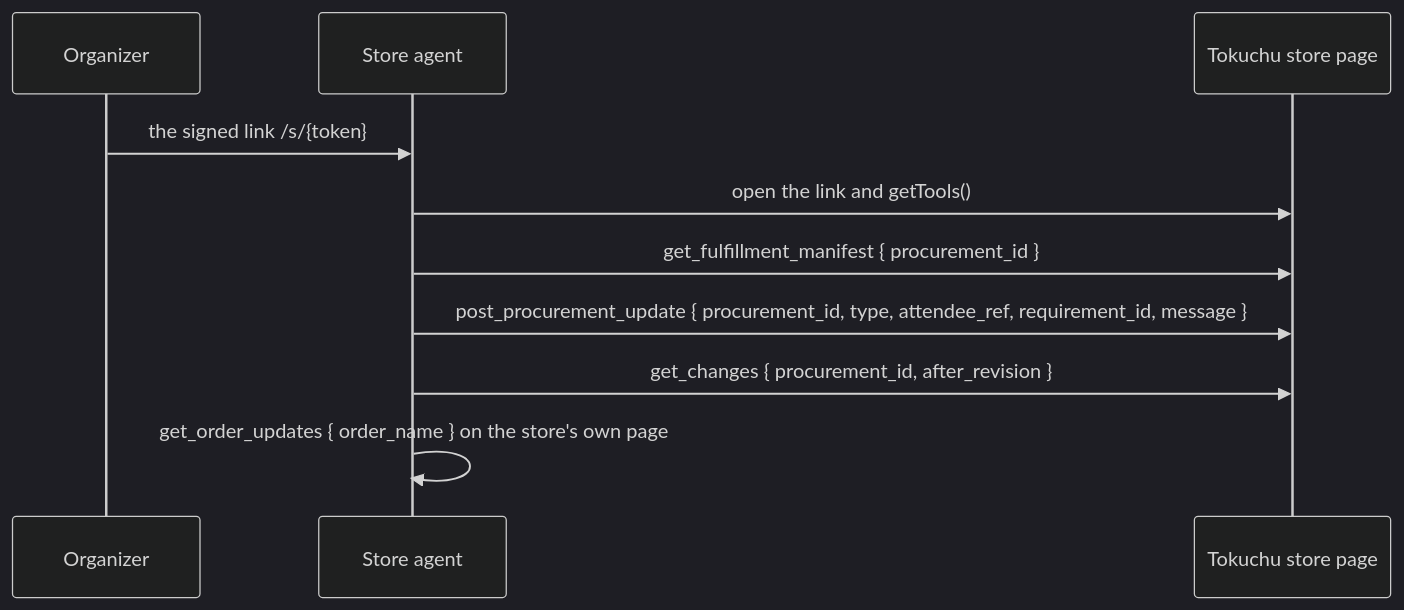
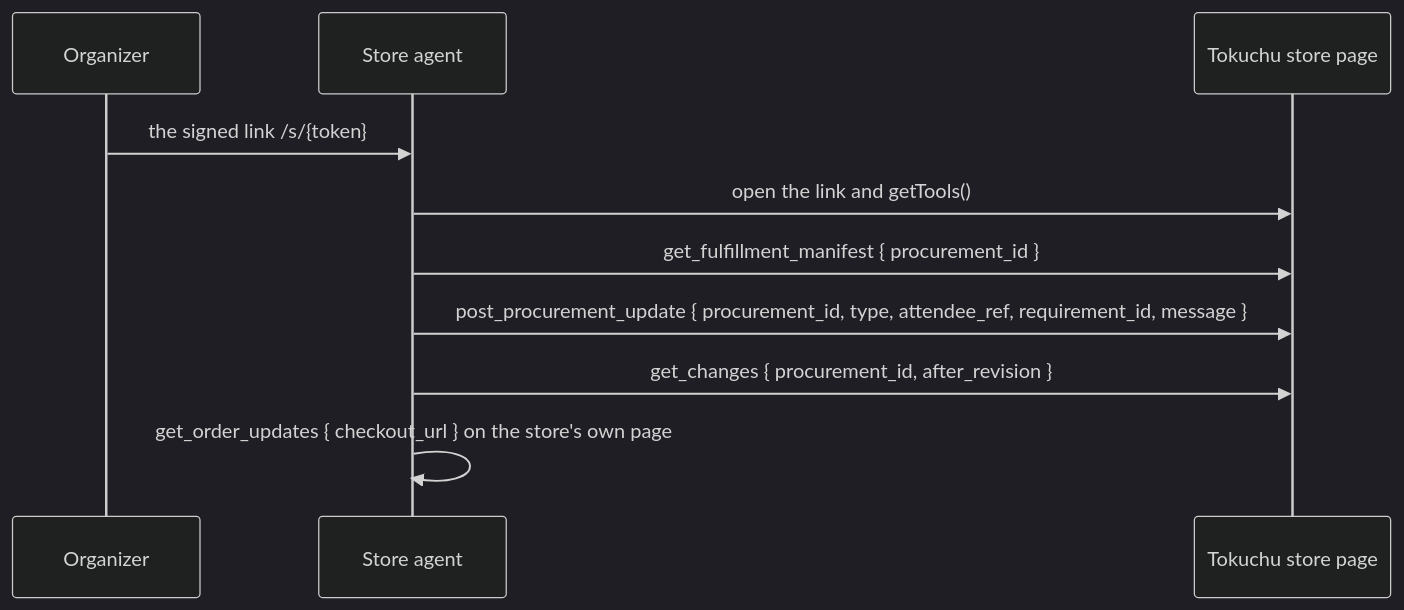
Before and after one commit to reversely/tokuchu: the second of 2 diagrams in docs/agent-playbook.md, drawn with Mermaid (dark theme). The commit also changed other lines of this file and 6 other files, not shown here.

First line of the commit message:
fix(store): drop the order-name lookup from get_order_updates and name the third tool in the README

````diff
--- a/docs/agent-playbook.md
+++ b/docs/agent-playbook.md
@@ -82,12 +82,12 @@
 ```mermaid
 sequenceDiagram
     participant O as Organizer
     participant S as Store agent
     participant P as Tokuchu store page
     O->>S: the signed link /s/{token}
     S->>P: open the link and getTools()
     S->>P: get_fulfillment_manifest { procurement_id }
     S->>P: post_procurement_update { procurement_id, type, attendee_ref, requirement_id, message }
     S->>P: get_changes { procurement_id, after_revision }
-    S->>S: get_order_updates { order_name } on the store's own page
+    S->>S: get_order_updates { checkout_url } on the store's own page
 ```
````
